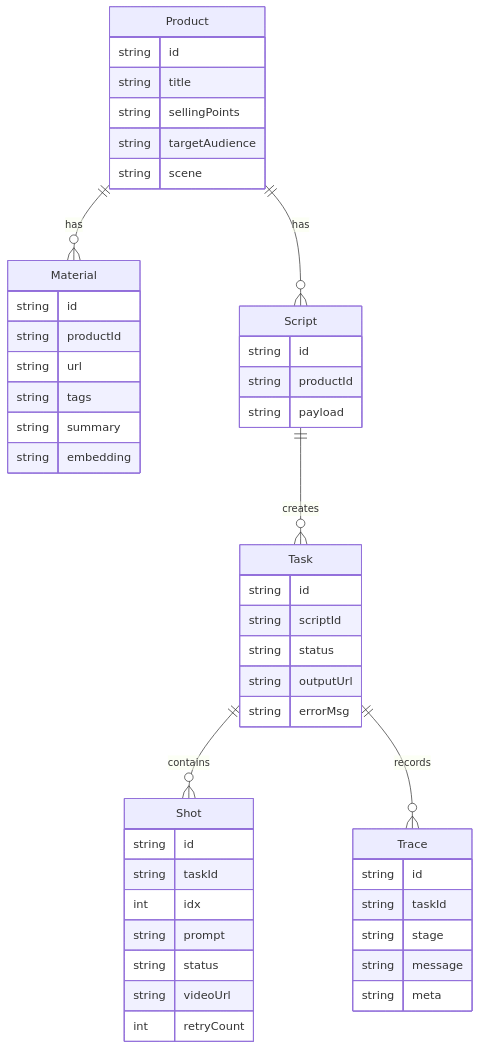
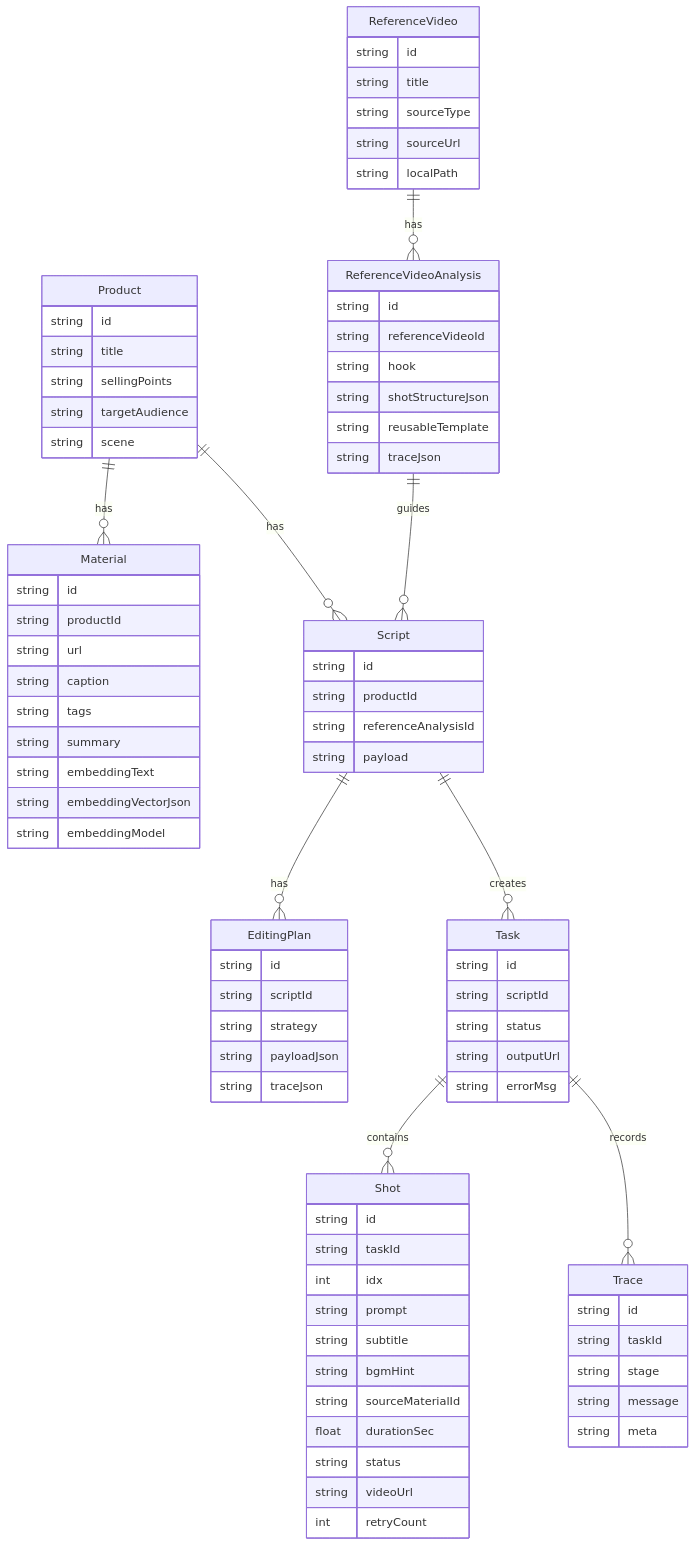
One commit to xiaoyugangg/tiktok_shop changed diagram 15 of 17 in docs/项目讲解.md. Above: the diagram before and after it, drawn with Mermaid. The commit also changed other lines of this file and 46 other files, not shown here.

```diff
--- a/docs/项目讲解.md
+++ b/docs/项目讲解.md
@@ -767,6 +1020,9 @@
 erDiagram
   Product ||--o{ Material : has
   Product ||--o{ Script : has
+  ReferenceVideo ||--o{ ReferenceVideoAnalysis : has
+  ReferenceVideoAnalysis ||--o{ Script : guides
+  Script ||--o{ EditingPlan : has
   Script ||--o{ Task : creates
   Task ||--o{ Shot : contains
   Task ||--o{ Trace : records
@@ -783,15 +1039,44 @@
     string id
     string productId
     string url
+    string caption
     string tags
     string summary
-    string embedding
+    string embeddingText
+    string embeddingVectorJson
+    string embeddingModel
+  }
+
+  ReferenceVideo {
+    string id
+    string title
+    string sourceType
+    string sourceUrl
+    string localPath
+  }
+
+  ReferenceVideoAnalysis {
+    string id
+    string referenceVideoId
+    string hook
+    string shotStructureJson
+    string reusableTemplate
+    string traceJson
   }
 
   Script {
     string id
     string productId
+    string referenceAnalysisId
     string payload
+  }
+
+  EditingPlan {
+    string id
+    string scriptId
+    string strategy
+    string payloadJson
+    string traceJson
   }
 
   Task {
@@ -807,6 +1092,10 @@
     string taskId
     int idx
     string prompt
+    string subtitle
+    string bgmHint
+    string sourceMaterialId
+    float durationSec
     string status
     string videoUrl
     int retryCount
```
